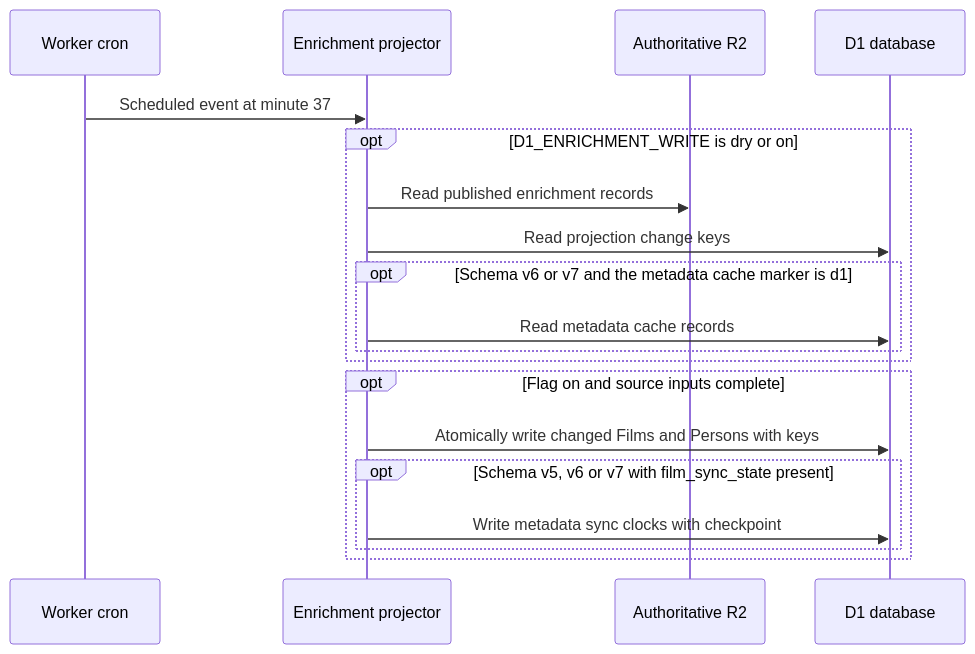
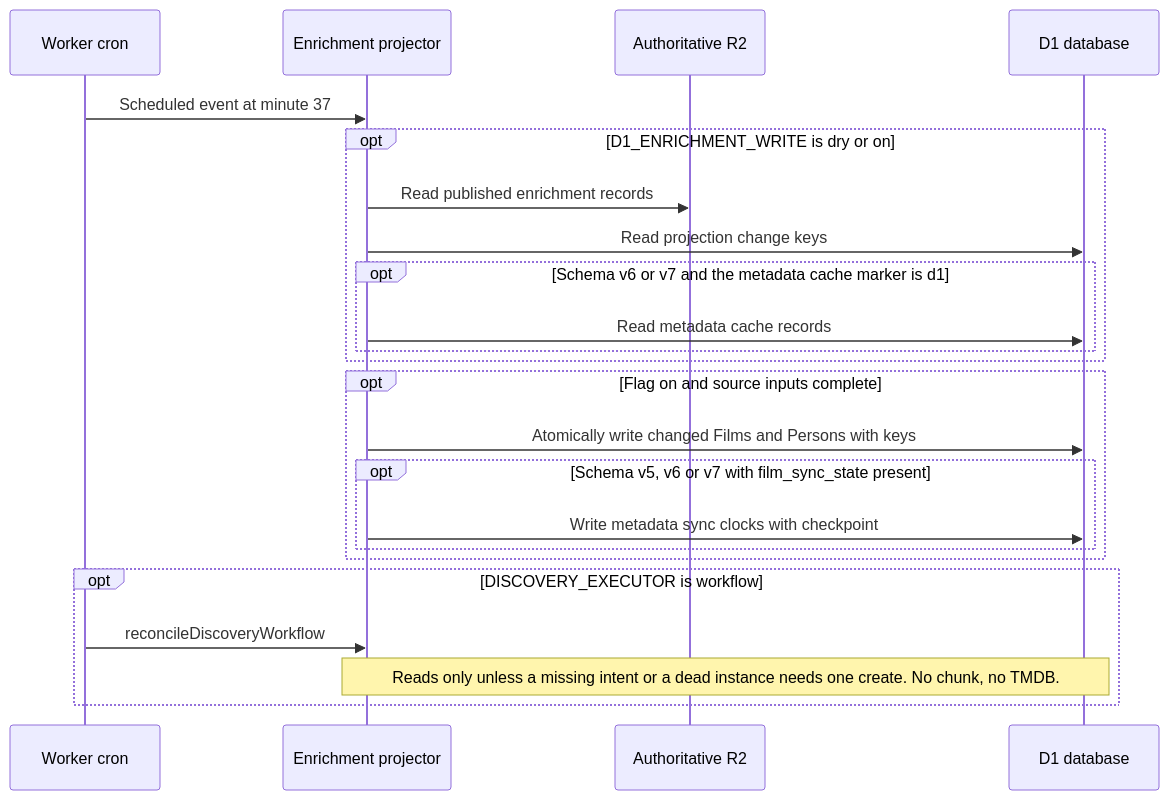
Before and after one commit to vladimino/iptv-watchlist: the fourth of 8 diagrams in docs/architecture/scheduling-and-orchestration.md, drawn with Mermaid. The commit also changed other lines of this file and 25 other files, not shown here.

First line of the commit message:
AIR-324: wire Discovery Workflow cron reconcile and intent reconstruction

````diff
--- a/docs/architecture/scheduling-and-orchestration.md
+++ b/docs/architecture/scheduling-and-orchestration.md
@@ -123,21 +123,25 @@
 ```mermaid
 sequenceDiagram
     participant Cron as Worker cron
     participant Worker as Enrichment projector
     participant R2 as Authoritative R2
     participant D1 as D1 database
     Cron->>Worker: Scheduled event at minute 37
     opt D1_ENRICHMENT_WRITE is dry or on
         Worker->>R2: Read published enrichment records
         Worker->>D1: Read projection change keys
         opt Schema v6 or v7 and the metadata cache marker is d1
             Worker->>D1: Read metadata cache records
         end
     end
     opt Flag on and source inputs complete
         Worker->>D1: Atomically write changed Films and Persons with keys
         opt Schema v5, v6 or v7 with film_sync_state present
             Worker->>D1: Write metadata sync clocks with checkpoint
         end
     end
+    opt DISCOVERY_EXECUTOR is workflow
+        Cron->>Worker: reconcileDiscoveryWorkflow
+        Note over Worker,D1: Reads only unless a missing intent or a dead instance needs one create. No chunk, no TMDB.
+    end
 ```
````
